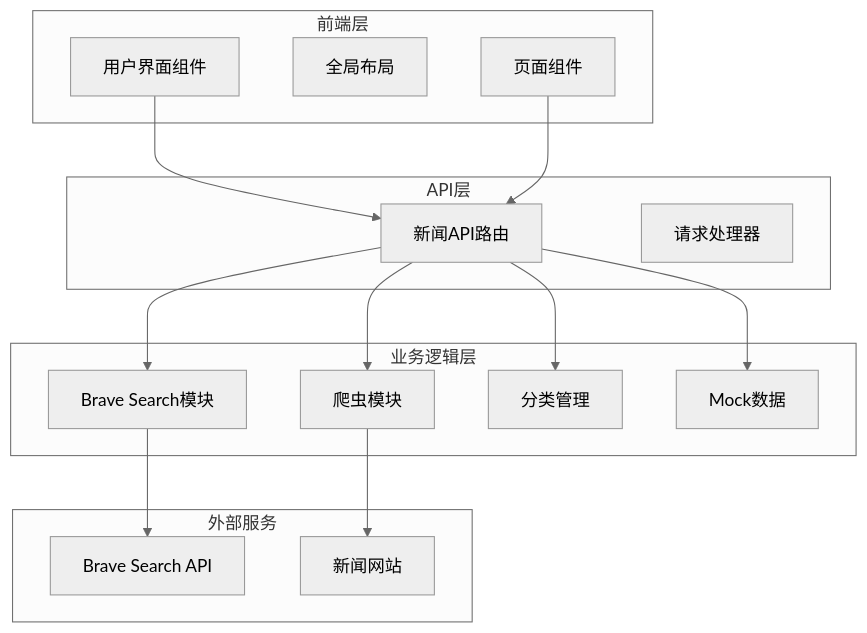
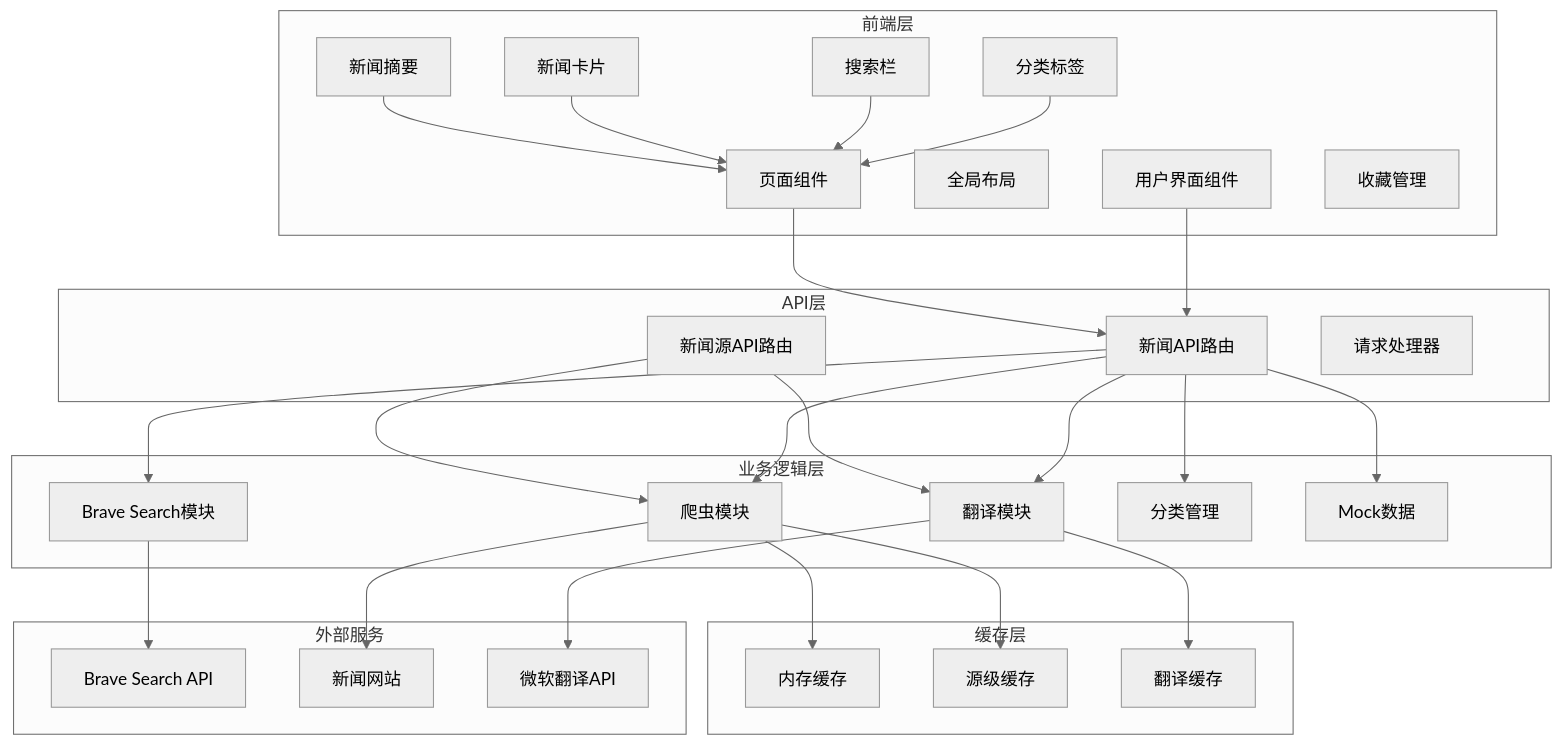
One commit to zuozuoliu740-cmd/xianxiong-news changed the first of 14 diagrams in .qoder/repowiki/zh/content/核心功能模块/新闻数据获取系统.md. Above: the diagram before and after it, drawn with Mermaid (neutral theme). The commit also changed other lines of this file and 11 other files, not shown here.

````diff
--- a/.qoder/repowiki/zh/content/核心功能模块/新闻数据获取系统.md
+++ b/.qoder/repowiki/zh/content/核心功能模块/新闻数据获取系统.md
@@ -42,30 +57,55 @@
 ```mermaid
 graph TB
 subgraph "前端层"
 UI[用户界面组件]
 Layout[全局布局]
 Page[页面组件]
+CategoryTabs[分类标签]
+SearchBar[搜索栏]
+NewsCard[新闻卡片]
+NewsSummary[新闻摘要]
+Favorites[收藏功能]
 end
 subgraph "API层"
-API[新闻API路由]
+NewsAPI[新闻API路由]
+SourcesAPI[新闻源API路由]
 Handler[请求处理器]
 end
 subgraph "业务逻辑层"
 Brave[Brave Search模块]
 Scraper[爬虫模块]
+Translator[翻译模块]
 Categories[分类管理]
 Mock[Mock数据]
+Favorites[收藏管理]
 end
 subgraph "外部服务"
 BraveAPI[Brave Search API]
 WebSites[新闻网站]
+EdgeAPI[微软翻译API]
 end
-UI --> API
-Page --> API
-API --> Brave
-API --> Scraper
-API --> Categories
-API --> Mock
+subgraph "缓存层"
+MemoryCache[内存缓存]
+SourceCache[源级缓存]
+TranslateCache[翻译缓存]
+end
+UI --> NewsAPI
+Page --> NewsAPI
+CategoryTabs --> Page
+SearchBar --> Page
+NewsCard --> Page
+NewsSummary --> Page
+NewsAPI --> Brave
+NewsAPI --> Scraper
+NewsAPI --> Translator
+NewsAPI --> Categories
+NewsAPI --> Mock
+SourcesAPI --> Scraper
+SourcesAPI --> Translator
 Brave --> BraveAPI
 Scraper --> WebSites
+Translator --> EdgeAPI
+Scraper --> MemoryCache
+Scraper --> SourceCache
+Translator --> TranslateCache
 ```
````
